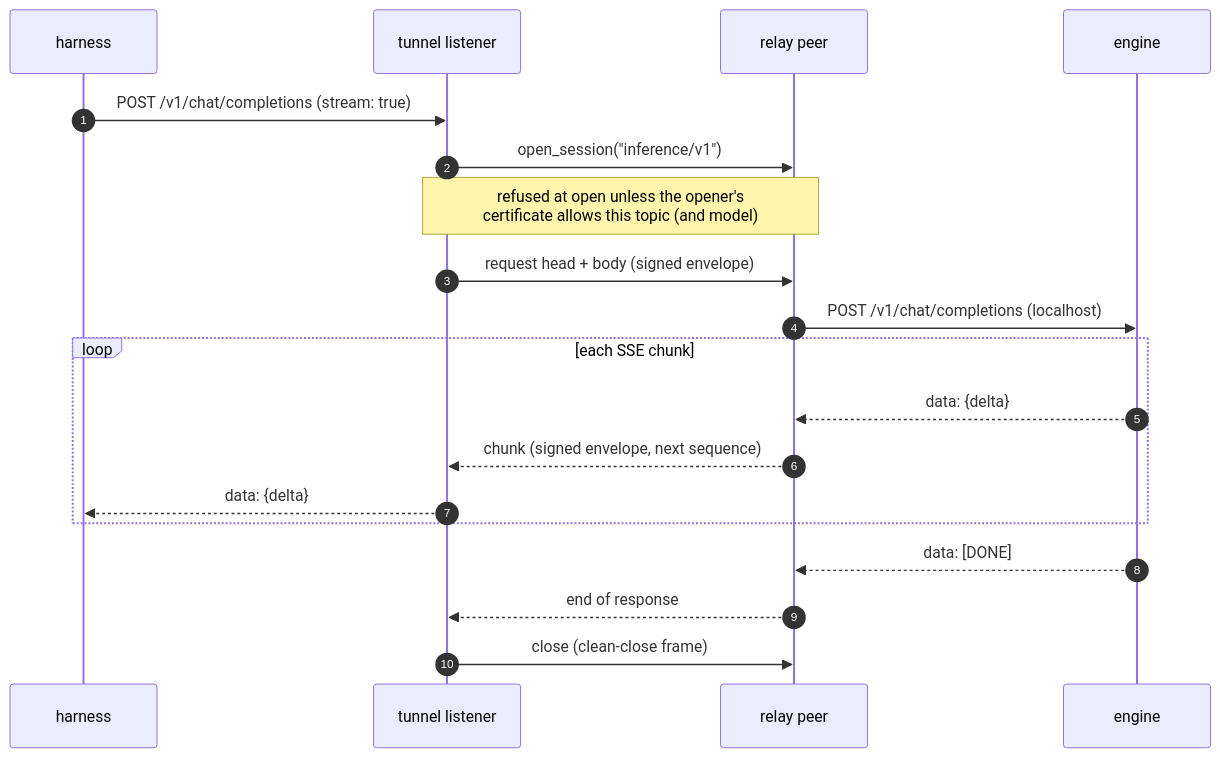
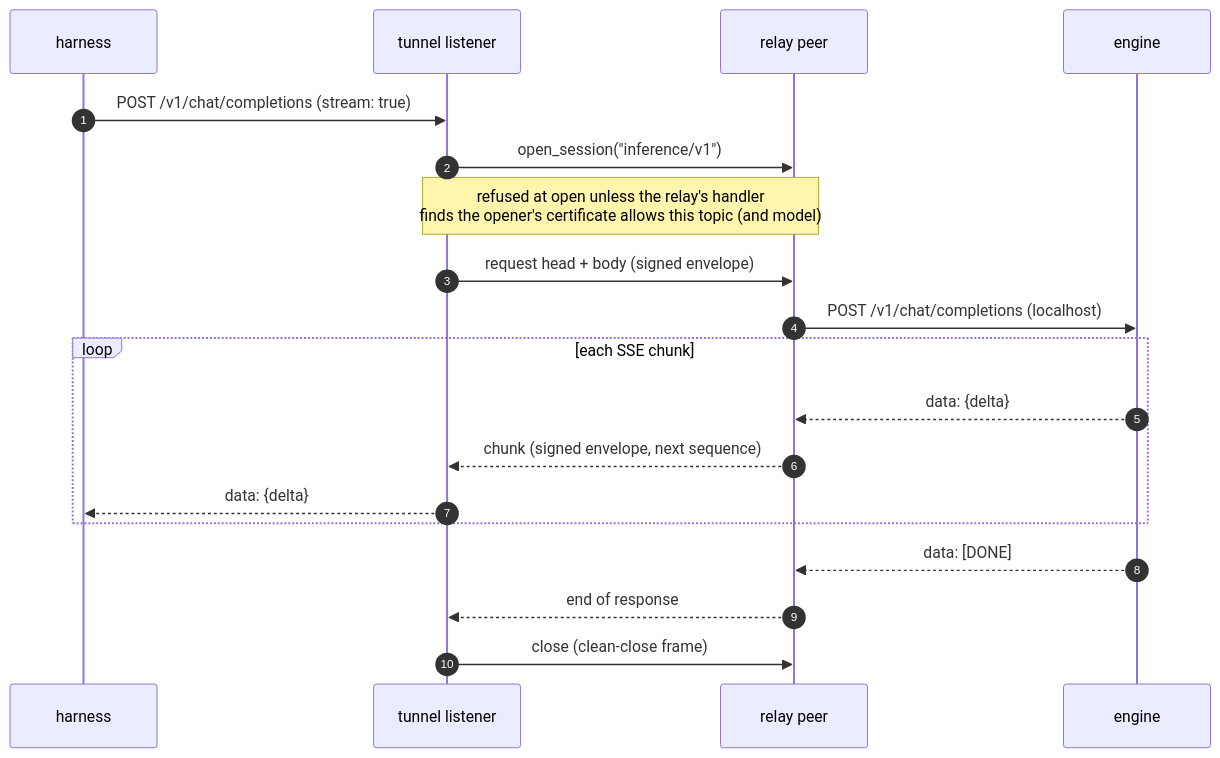
The fourth of 5 diagrams in docs/research/encrypted_inference.md (Gilamonster-Foundation/agent-mesh), drawn with Mermaid before and after one commit. The commit also changed other lines of this file, not shown here.

Commit message:
docs(research): session topic authorization is the handler's job

````diff
--- a/docs/research/encrypted_inference.md
+++ b/docs/research/encrypted_inference.md
@@ -91,22 +90,22 @@
 ```mermaid
 sequenceDiagram
     autonumber
     participant H as harness
     participant L as tunnel listener
     participant RP as relay peer
     participant EN as engine
 
     H->>L: POST /v1/chat/completions (stream: true)
     L->>RP: open_session("inference/v1")
-    Note over L,RP: refused at open unless the opener's<br/>certificate allows this topic (and model)
+    Note over L,RP: refused at open unless the relay's handler<br/>finds the opener's certificate allows this topic (and model)
     L->>RP: request head + body (signed envelope)
     RP->>EN: POST /v1/chat/completions (localhost)
     loop each SSE chunk
         EN-->>RP: data: {delta}
         RP-->>L: chunk (signed envelope, next sequence)
         L-->>H: data: {delta}
     end
     EN-->>RP: data: [DONE]
     RP-->>L: end of response
     L->>RP: close (clean-close frame)
 ```
````
